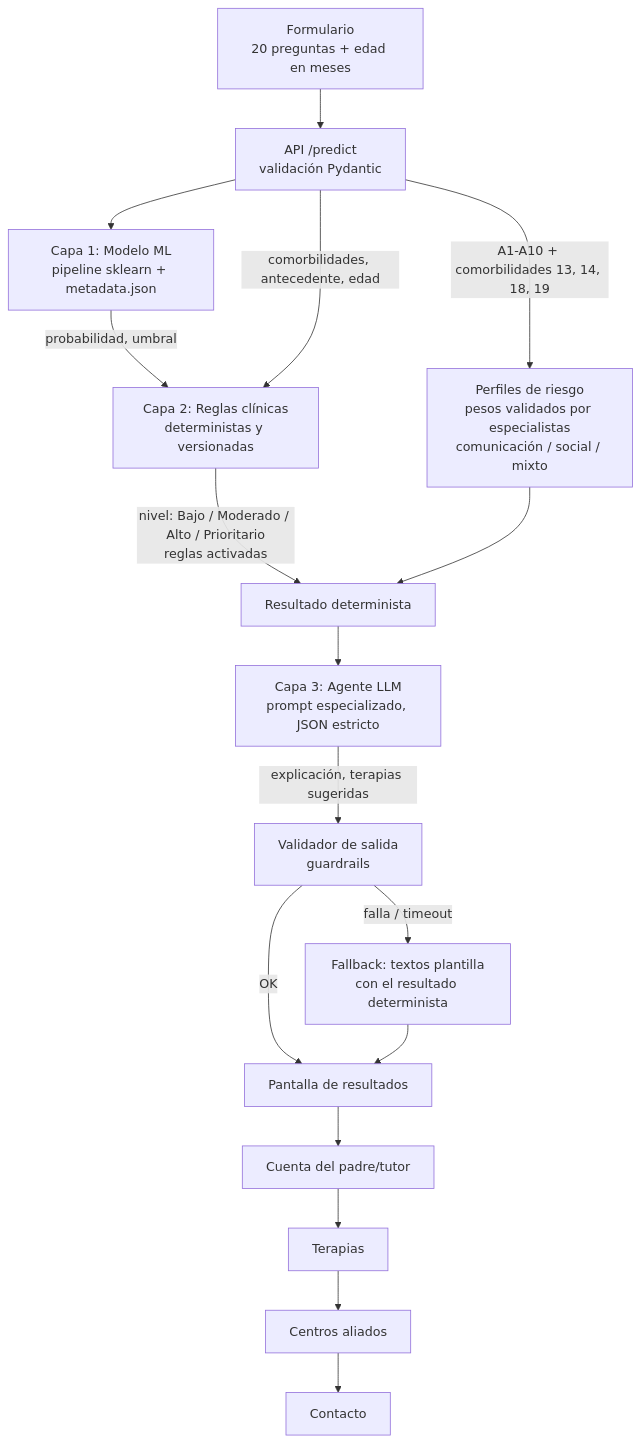
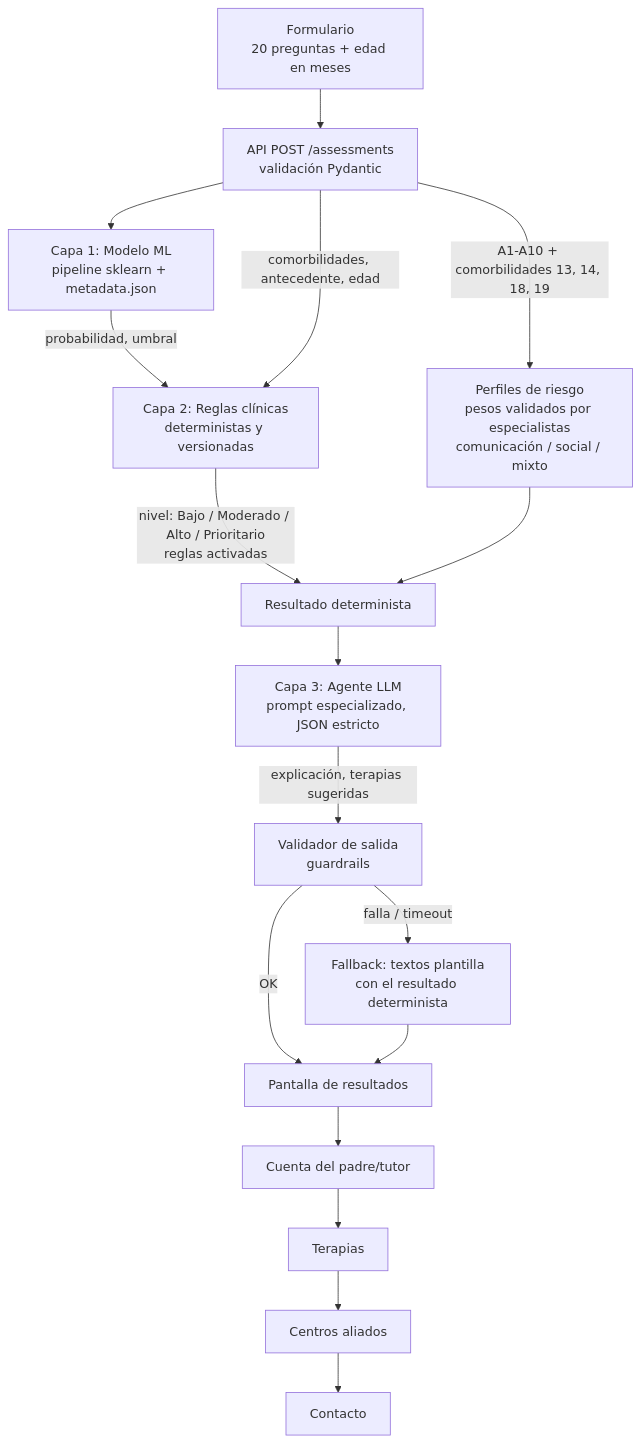
The first of 2 diagrams in docs/consideraciones_app_tamizaje.md (ErnestoSCL/neuroa-modelo-tamizaje), drawn with Mermaid before and after one commit. The commit also changed other lines of this file, not shown here.

````diff
--- a/docs/consideraciones_app_tamizaje.md
+++ b/docs/consideraciones_app_tamizaje.md
@@ -122,16 +123,16 @@
 ```mermaid
 flowchart TD
-    A[Formulario<br/>20 preguntas + edad en meses] --> B[API /predict<br/>validación Pydantic]
+    A[Formulario<br/>20 preguntas + edad en meses] --> B[API POST /assessments<br/>validación Pydantic]
     B --> C[Capa 1: Modelo ML<br/>pipeline sklearn + metadata.json]
     C -->|probabilidad, umbral| D[Capa 2: Reglas clínicas<br/>deterministas y versionadas]
     B -->|comorbilidades, antecedente, edad| D
     D -->|nivel: Bajo / Moderado / Alto / Prioritario<br/>reglas activadas| E[Resultado determinista]
     B -->|A1-A10 + comorbilidades 13, 14, 18, 19| P[Perfiles de riesgo<br/>pesos validados por especialistas<br/>comunicación / social / mixto]
     P --> E
     E --> F[Capa 3: Agente LLM<br/>prompt especializado, JSON estricto]
     F -->|explicación, terapias sugeridas| G[Validador de salida<br/>guardrails]
     G -->|OK| H[Pantalla de resultados]
     G -->|falla / timeout| I[Fallback: textos plantilla<br/>con el resultado determinista]
     I --> H
     H --> J[Cuenta del padre/tutor] --> K[Terapias] --> L[Centros aliados] --> M[Contacto]
 ```
````
